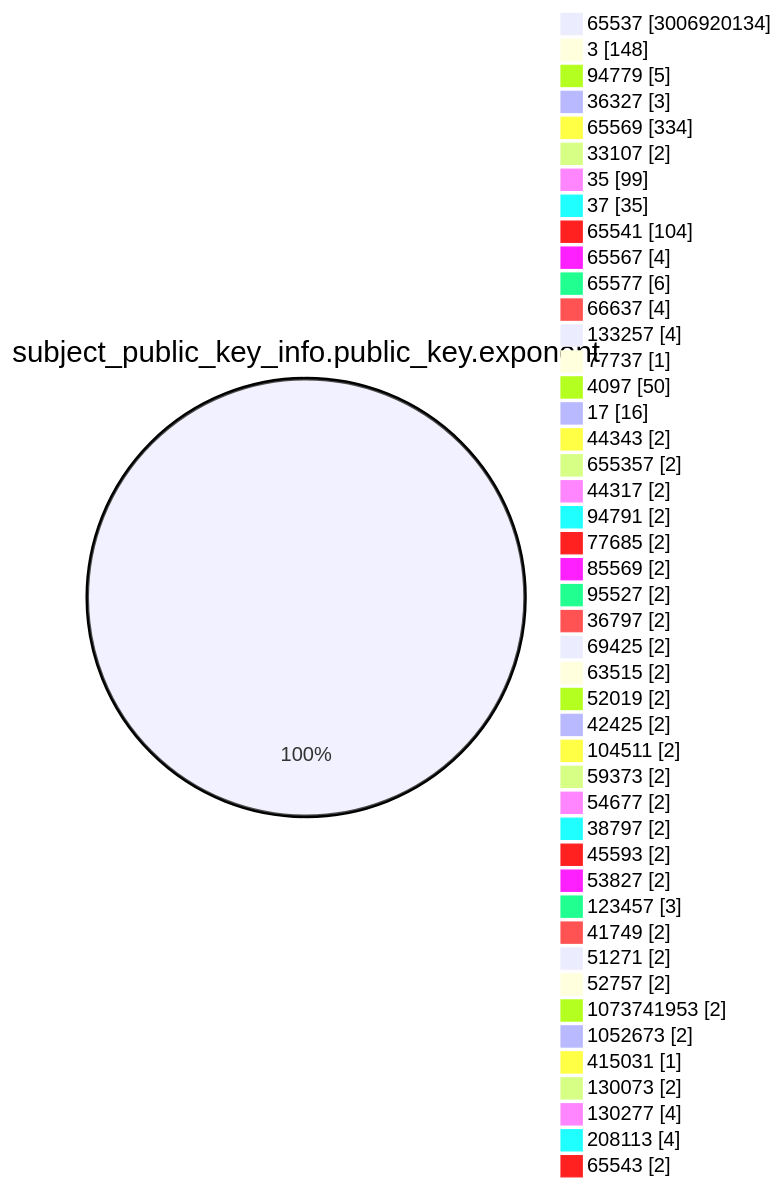
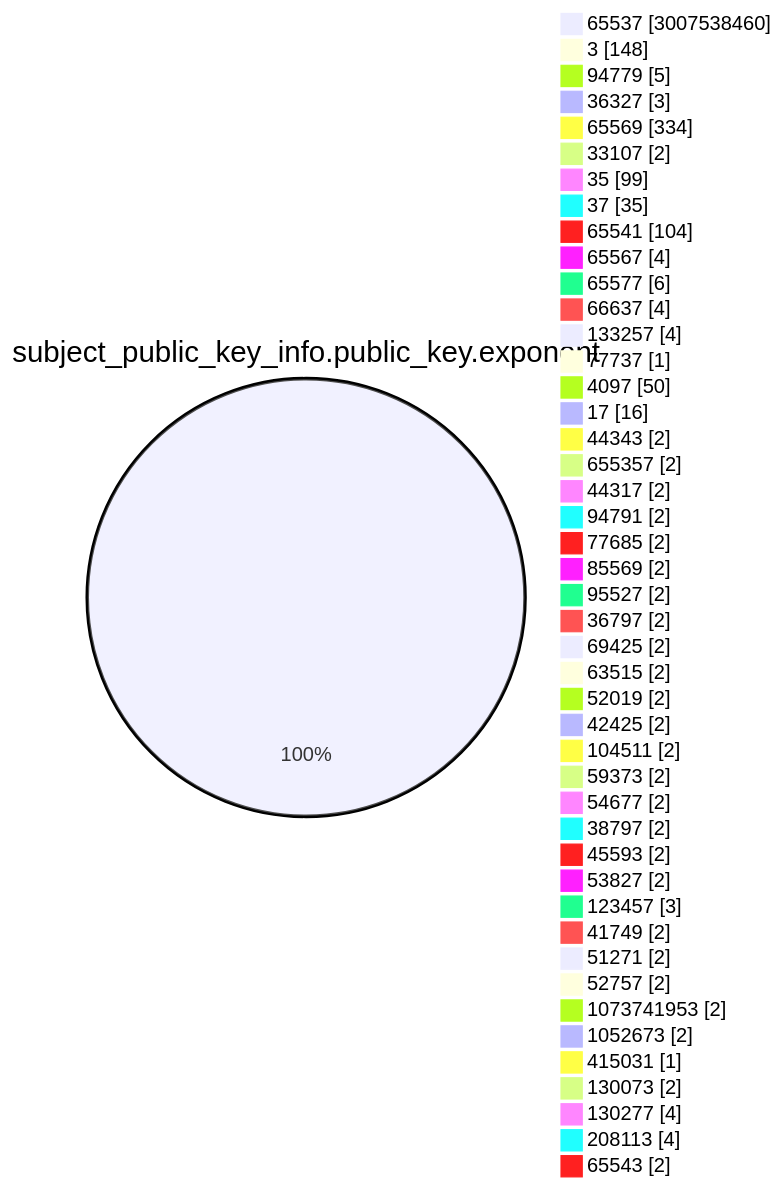
One commit to christiankrug/ctmonitor_visualization changed the fourth of 15 diagrams in TOTAL/README.md. Above: the diagram before and after it, drawn with Mermaid. The commit also changed other lines of this file, not shown here.

````diff
--- a/TOTAL/README.md
+++ b/TOTAL/README.md
@@ -1472,49 +1472,49 @@
 ```mermaid
 pie showData
 title subject_public_key_info.public_key.exponent
-"65537" :3006920134
+"65537" :3007538460
 "3" :148
 "94779" :5
 "36327" :3
 "65569" :334
 "33107" :2
 "35" :99
 "37" :35
 "65541" :104
 "65567" :4
 "65577" :6
 "66637" :4
 "133257" :4
 "77737" :1
 "4097" :50
 "17" :16
 "44343" :2
 "655357" :2
 "44317" :2
 "94791" :2
 "77685" :2
 "85569" :2
 "95527" :2
 "36797" :2
 "69425" :2
 "63515" :2
 "52019" :2
 "42425" :2
 "104511" :2
 "59373" :2
 "54677" :2
 "38797" :2
 "45593" :2
 "53827" :2
 "123457" :3
 "41749" :2
 "51271" :2
 "52757" :2
 "1073741953" :2
 "1052673" :2
 "415031" :1
 "130073" :2
 "130277" :4
 "208113" :4
 "65543" :2
 ```
````
